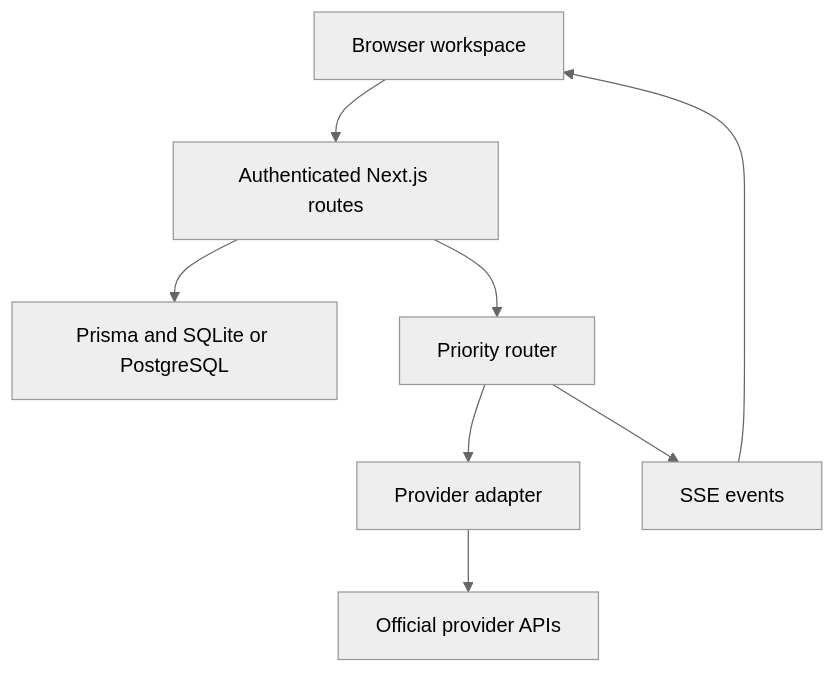
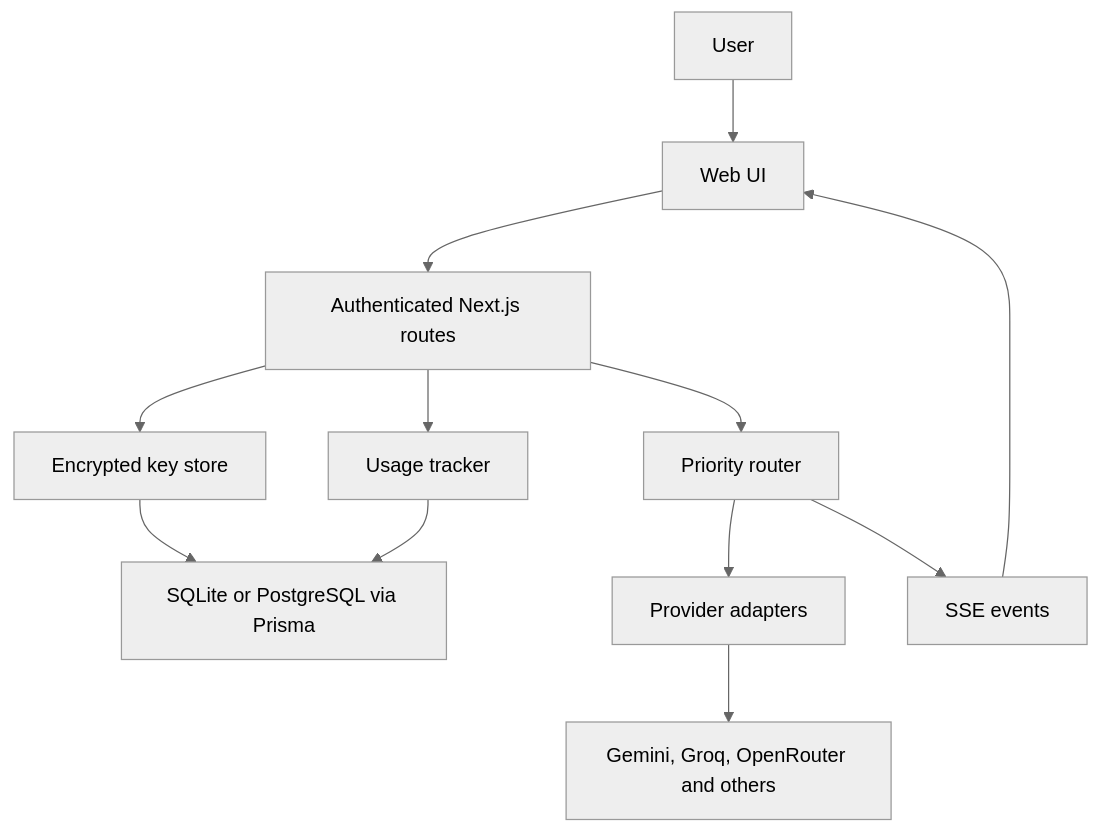
One commit to itspsr/limitless-ai changed the diagram in README.md. Above: the diagram before and after it, drawn with Mermaid (neutral theme). The commit also changed other lines of this file and 25 other files, not shown here.

Commit message:
docs: add README banner, screenshots, demo and architecture diagram

````diff
--- a/README.md
+++ b/README.md
@@ -75,10 +95,14 @@
 ```mermaid
 flowchart TD
-  UI["Browser workspace"] --> API["Authenticated Next.js routes"]
-  API --> DB["Prisma and SQLite or PostgreSQL"]
+  User --> UI["Web UI"]
+  UI --> API["Authenticated Next.js routes"]
   API --> Router["Priority router"]
-  Router --> Adapter["Provider adapter"]
-  Adapter --> Providers["Official provider APIs"]
+  API --> Keys["Encrypted key store"]
+  API --> Usage["Usage tracker"]
+  Keys --> DB["SQLite or PostgreSQL via Prisma"]
+  Usage --> DB
+  Router --> Adapter["Provider adapters"]
+  Adapter --> Providers["Gemini, Groq, OpenRouter and others"]
   Router --> Events["SSE events"]
   Events --> UI
 ```
````
